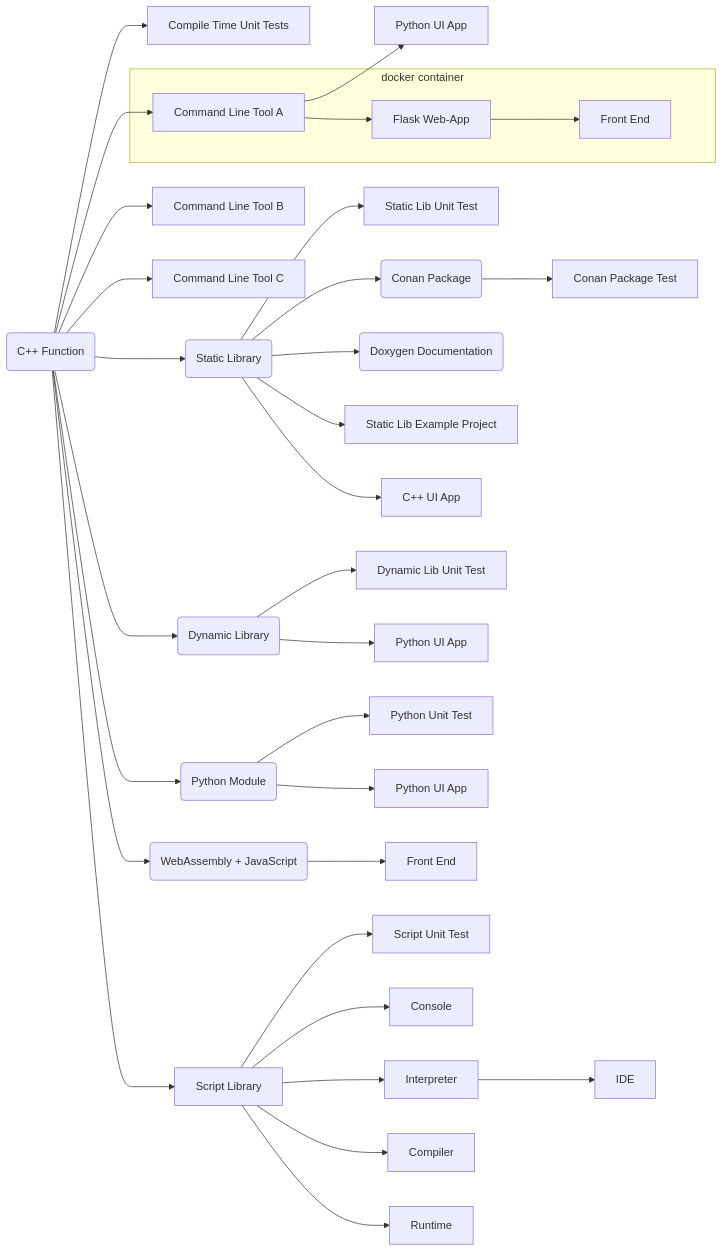
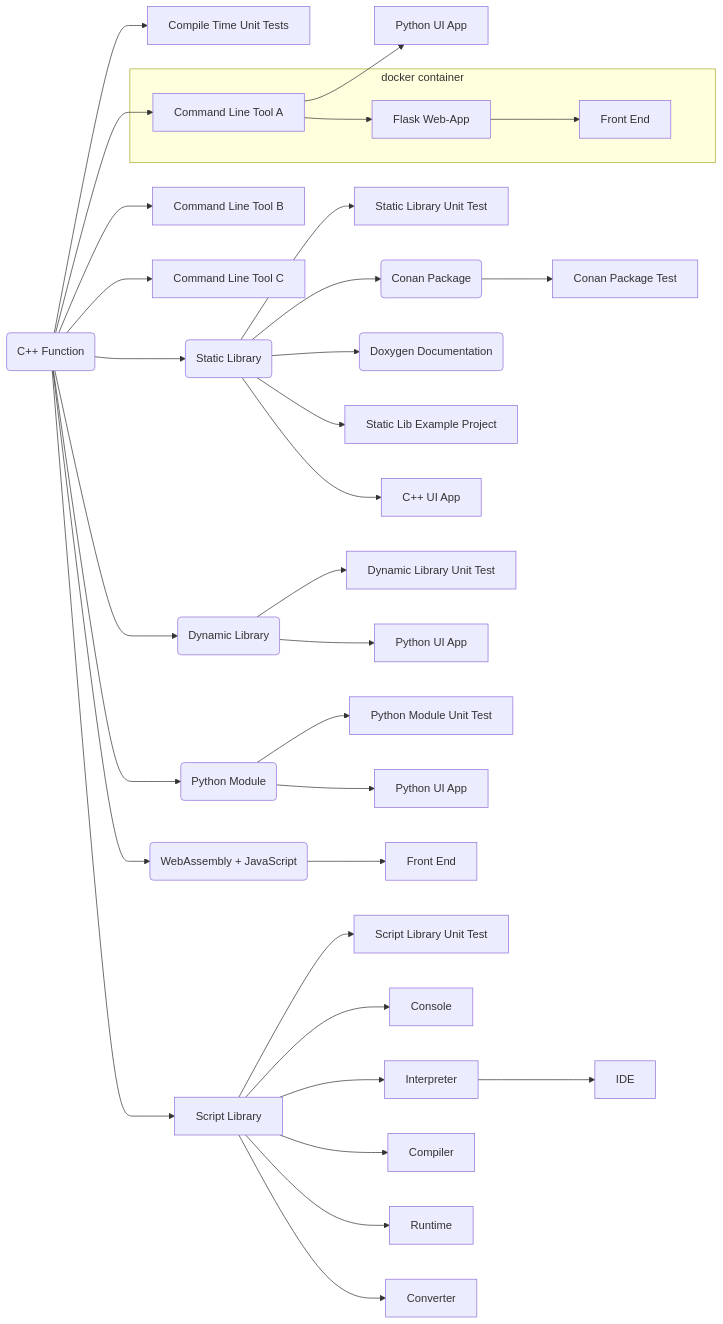
Before and after one commit to SebastianBach/full-stack: the diagram in README.md, drawn with Mermaid. The commit also changed other lines of this file and 9 other files, not shown here.

````diff
--- a/README.md
+++ b/README.md
@@ -41,49 +42,50 @@
 ```mermaid
   flowchart LR;
 
     F(C++ Function) --> CUT[Compile Time Unit Tests];
 
     F --> CLI1[Command Line Tool A]
     F --> CLI2[Command Line Tool B]
     F --> CLI3[Command Line Tool C]
 
     CLI1 --> PYAPP2[Python UI App]
 
     F --> LIB(Static Library)
 
-    LIB --> LIBTEST[Static Lib Unit Test]
+    LIB --> LIBTEST[Static Library Unit Test]
     LIB --> C(Conan Package)
     LIB --> DOXYGEN(Doxygen Documentation)
     LIB --> LIBEX[Static Lib Example Project]
 
     LIB --> QTCPP[C++ UI App]
 
     F --> DLL(Dynamic Library)
-    DLL --> DLLTEST[Dynamic Lib Unit Test]
+    DLL --> DLLTEST[Dynamic Library Unit Test]
     DLL --> QTPYDLL[Python UI App]
 
     C --> CT[Conan Package Test]
 
     F --> PY(Python Module)
 
     subgraph docker container
     CLI1 --> SERVER[Flask Web-App]
     SERVER --> FRONT[Front End]
     end
 
-    PY --> PYTEST[Python Unit Test]
+    PY --> PYTEST[Python Module Unit Test]
     PY --> PYAPP[Python UI App]
 
     F --> WASM(WebAssembly + JavaScript)
 
     WASM --> WASMF[Front End]
 
     F --> SCRIPTLIB[Script Library]
 
-    SCRIPTLIB --> SCRIPT_TEST[Script Unit Test]
+    SCRIPTLIB --> SCRIPT_TEST[Script Library Unit Test]
     SCRIPTLIB --> SCRIPT_CONSOLE[Console]
     SCRIPTLIB --> SCRIPT_INTERPRETER[Interpreter]
     SCRIPT_INTERPRETER --> SCRIPT_IDE[IDE]
     SCRIPTLIB --> SCRIPT_COMPILER[Compiler]
     SCRIPTLIB --> SCRIPT_RUNTIME[Runtime]
+    SCRIPTLIB --> SCRIPT_CONVERT[Converter]
 ```
````
